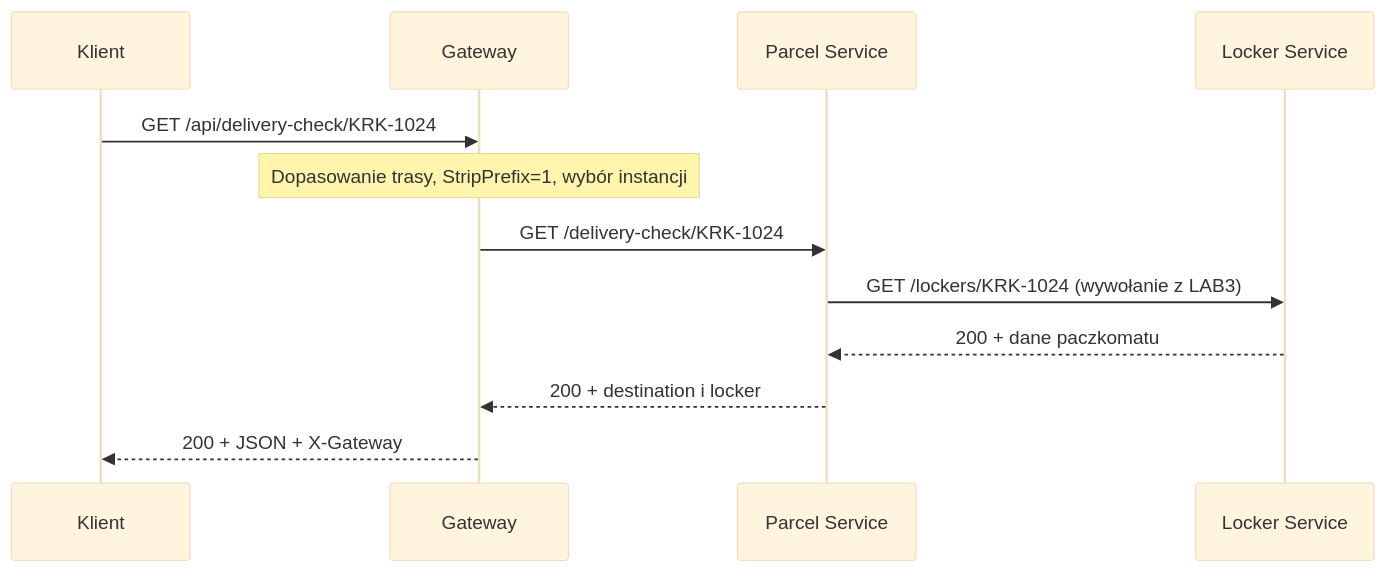
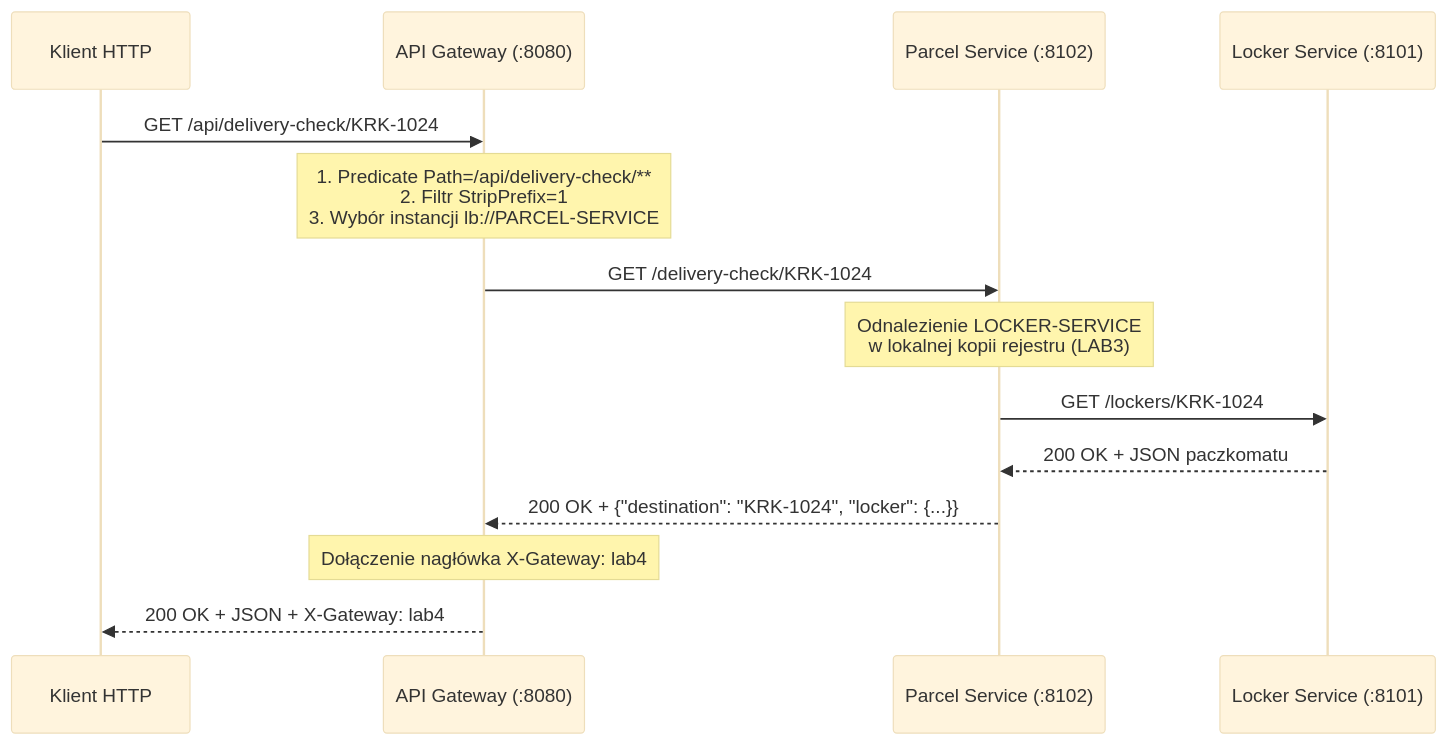
The second of 2 diagrams in 2026_2027/lab4/README.md (wgalka/PAWOoM), drawn with Mermaid (base theme) before and after one commit. The commit also changed other lines of this file and 37 other files, not shown here.

```diff
--- a/2026_2027/lab4/README.md
+++ b/2026_2027/lab4/README.md
@@ -198,14 +320,16 @@
 <pre class="mermaid">
 sequenceDiagram
-    participant K as Klient
-    participant G as Gateway
-    participant P as Parcel Service
-    participant L as Locker Service
+    participant K as Klient HTTP
+    participant G as API Gateway (:8080)
+    participant P as Parcel Service (:8102)
+    participant L as Locker Service (:8101)
     K->>G: GET /api/delivery-check/KRK-1024
-    Note over G: Dopasowanie trasy, StripPrefix=1, wybór instancji
+    Note over G: 1. Predicate Path=/api/delivery-check/**<br/>2. Filtr StripPrefix=1<br/>3. Wybór instancji lb://PARCEL-SERVICE
     G->>P: GET /delivery-check/KRK-1024
-    P->>L: GET /lockers/KRK-1024 (wywołanie z LAB3)
-    L-->>P: 200 + dane paczkomatu
-    P-->>G: 200 + destination i locker
-    G-->>K: 200 + JSON + X-Gateway
+    Note over P: Odnalezienie LOCKER-SERVICE<br/>w lokalnej kopii rejestru (LAB3)
+    P->>L: GET /lockers/KRK-1024
+    L-->>P: 200 OK + JSON paczkomatu
+    P-->>G: 200 OK + {"destination": "KRK-1024", "locker": {...}}
+    Note over G: Dołączenie nagłówka X-Gateway: lab4
+    G-->>K: 200 OK + JSON + X-Gateway: lab4
 </pre>
```
